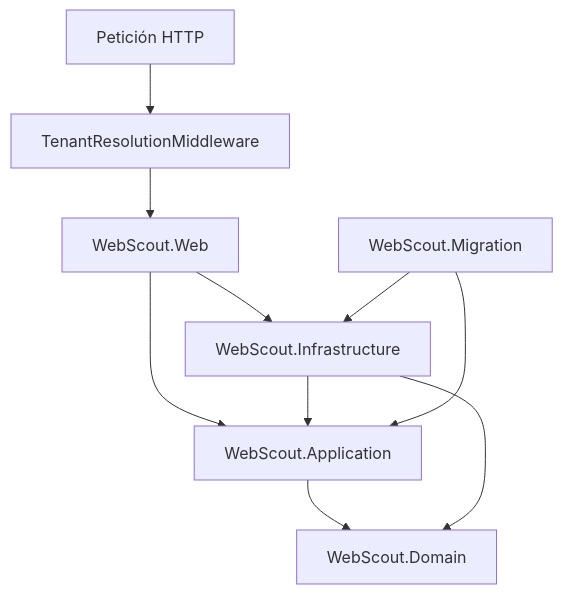
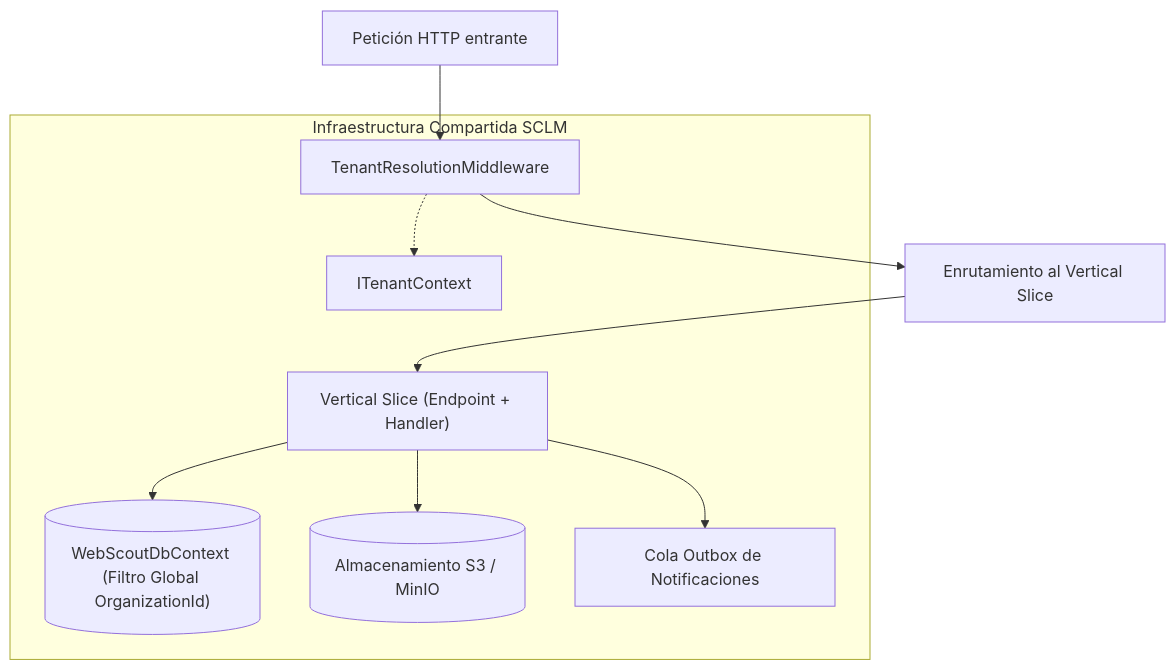
Before and after one commit to PablodeHaroCorredor/webscout-sclm: the diagram in docs/architecture/arquitectura-modular.md, drawn with Mermaid. The commit also changed other lines of this file and 6 other files, not shown here.

Commit message:
docs(architecture): incorporar ADR12 y adaptar documentacion a Vertical Slice Architecture

````diff
--- a/docs/architecture/arquitectura-modular.md
+++ b/docs/architecture/arquitectura-modular.md
@@ -38,12 +67,13 @@
 ```mermaid
 flowchart TB
-  Req[Petición HTTP] --> TenantMid[TenantResolutionMiddleware]
-  TenantMid --> Web[WebScout.Web]
-  Web --> App[WebScout.Application]
-  App --> Domain[WebScout.Domain]
-  Infra[WebScout.Infrastructure] --> App
-  Infra --> Domain
-  Web --> Infra
-  Migration[WebScout.Migration] --> App
-  Migration --> Infra
+    Req[Petición HTTP entrante] --> TenantMid[TenantResolutionMiddleware]
+    TenantMid --> Route[Enrutamiento al Vertical Slice]
+    Route --> Slice["Vertical Slice (Endpoint + Handler)"]
+    
+    subgraph SharedInfra["Infraestructura Compartida SCLM"]
+        TenantMid -.-> Context[ITenantContext]
+        Slice --> DB[("WebScoutDbContext (Filtro Global OrganizationId)")]
+        Slice --> Storage[("Almacenamiento S3 / MinIO")]
+        Slice --> Outbox[Cola Outbox de Notificaciones]
+    end
 ```
````
